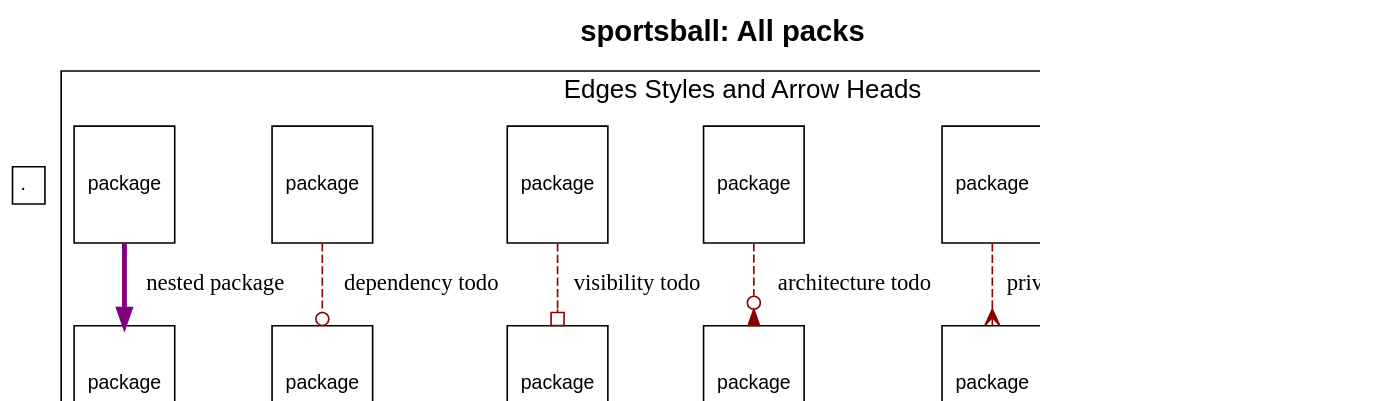
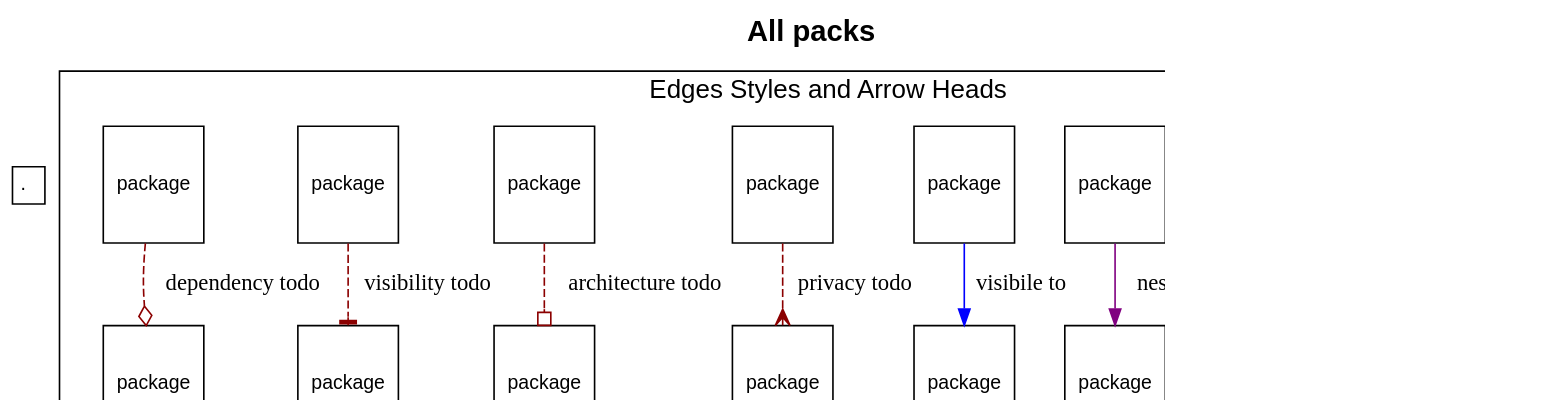
The diagram in c2s01/sportsball/diagrams/all_packs.dot (shageman/package-based-rails-applications-book), drawn with Graphviz before and after one commit. The commit also changed 6963 other files, not shown here.

```diff
--- a/c2s01/sportsball/diagrams/all_packs.dot
+++ b/c2s01/sportsball/diagrams/all_packs.dot
@@ -1,66 +1,72 @@
 digraph package_diagram {
   rankdir=TD
   graph [
     labelloc="t"
     fontname="Helvetica,Arial,sans-serif"
     dpi=100
     layout=dot
-    label=<<b>sportsball: All packs</b>>
+    label=<<b>All packs</b>>
     fontsize=18
   ]
   node [
     fontname="Helvetica,Arial,sans-serif"
     fontsize=26.0
     fontcolor=black
     fillcolor=white
     color=black
     height=1.0
     style=filled
     shape=plain
   ]
     subgraph NotInLayer {
       shape=box
       color=darkgrey
       fillcolor=lightblue
       style=filled
         cluster=false
         "." [
             fontsize=12.0
             label= <
                 <table border='0' cellborder='1' cellspacing='0' cellpadding='4'>
                   <tr> <td align='left'> . </td> </tr>
                 </table>
               >
           ]
         
     }
-  subgraph cluster_legend {
-    fontsize=16
-    label="Edges Styles and Arrow Heads"
-    A [ fontsize=12 shape=box label="package"]
-    B [ fontsize=12 shape=box label="package"]
-    C [ fontsize=12 shape=box label="package"]
-    D [ fontsize=12 shape=box label="package"]
-    E [ fontsize=12 shape=box label="package"]
-    F [ fontsize=12 shape=box label="package"]
-    G [ fontsize=12 shape=box label="package"]
-    H [ fontsize=12 shape=box label="package"]
-    I [ fontsize=12 shape=box label="package"]
-    J [ fontsize=12 shape=box label="package"]
-    K [ fontsize=12 shape=box label="package"]
-    L [ fontsize=12 shape=box label="package"]
-    A -> B [label="accepted dependency" color=darkgreen]
-    C -> D [label="privac todo" color=darkred style=dashed arrowhead=crow]
-    E -> F [label="architecture todo" color=darkred style=dashed arrowhead=invodot]
-    G -> H [label="visibility todo" color=darkred style=dashed arrowhead=obox]
-    I -> J [label="dependency todo" color=darkred style=dashed arrowhead=odot]
-    K -> L [label="nested package" color=purple penwidth=3]
-  }
+    subgraph cluster_legend {
+      fontsize=16
+      label="Edges Styles and Arrow Heads"
+      A [ fontsize=12 shape=box label="package"]
+      B [ fontsize=12 shape=box label="package"]
+      A -> B [label="accepted dependency" color=darkgreen]
+      K [ fontsize=12 shape=box label="package"]
+      L [ fontsize=12 shape=box label="package"]
+      K -> L [label="nested package" color=purple]
+      M [ fontsize=12 shape=box label="package"]
+      N [ fontsize=12 shape=box label="package"]
+      M -> N [label="visibile to" color=blue]
+      C [ fontsize=12 shape=box label="package"]
+      D [ fontsize=12 shape=box label="package"]
+      C -> D [label="privacy todo" color=darkred style=dashed arrowhead=crow]
+      E [ fontsize=12 shape=box label="package"]
+      F [ fontsize=12 shape=box label="package"]
+      E -> F [label="architecture todo" color=darkred style=dashed arrowhead=obox]
+      G [ fontsize=12 shape=box label="package"]
+      H [ fontsize=12 shape=box label="package"]
+      G -> H [label="visibility todo" color=darkred style=dashed arrowhead=tee]
+      I [ fontsize=12 shape=box label="package"]
+      J [ fontsize=12 shape=box label="package"]
+      I -> J [label="dependency todo" color=darkred style=dashed arrowhead=odiamond]
+      LEGEND_NODE_1 [ label="" peripheries=0 height=0 width=0 style=invis ]
+      LEGEND_NODE_2 [ label="" peripheries=0 height=0 width=0 style=invis ]
+      LEGEND_NODE_1 -> LEGEND_NODE_2 [ style=invis ]
+    }
   subgraph cluster_teams_legend {
     fontsize=16
     label="Team Colors"
 
 
   }
-  J -> "" [style=invis]
+    LEGEND_NODE_2 -> "" [style=invis]
 }
```
